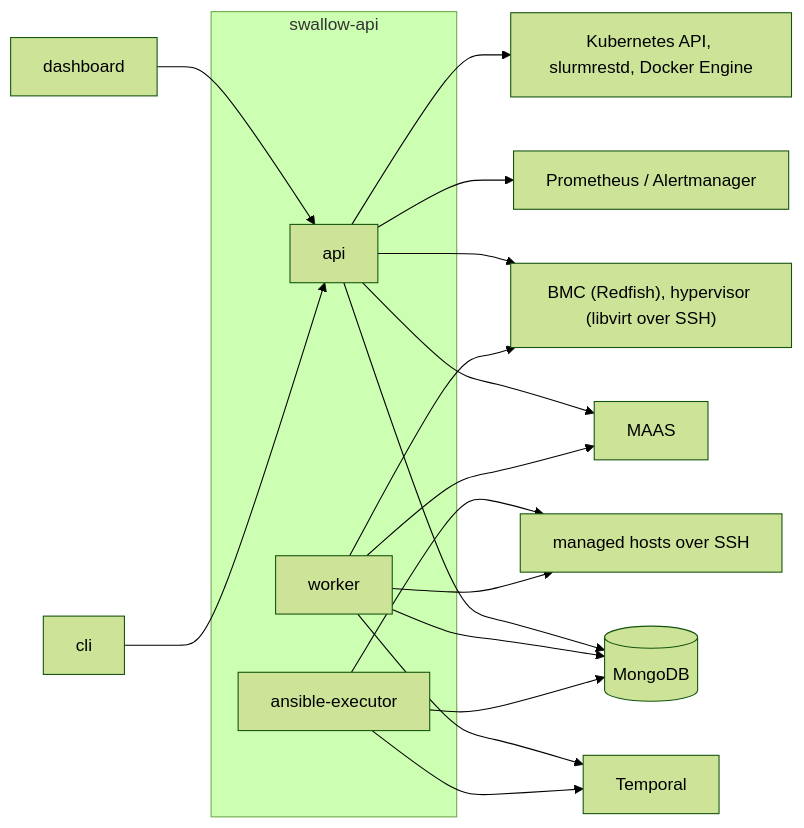
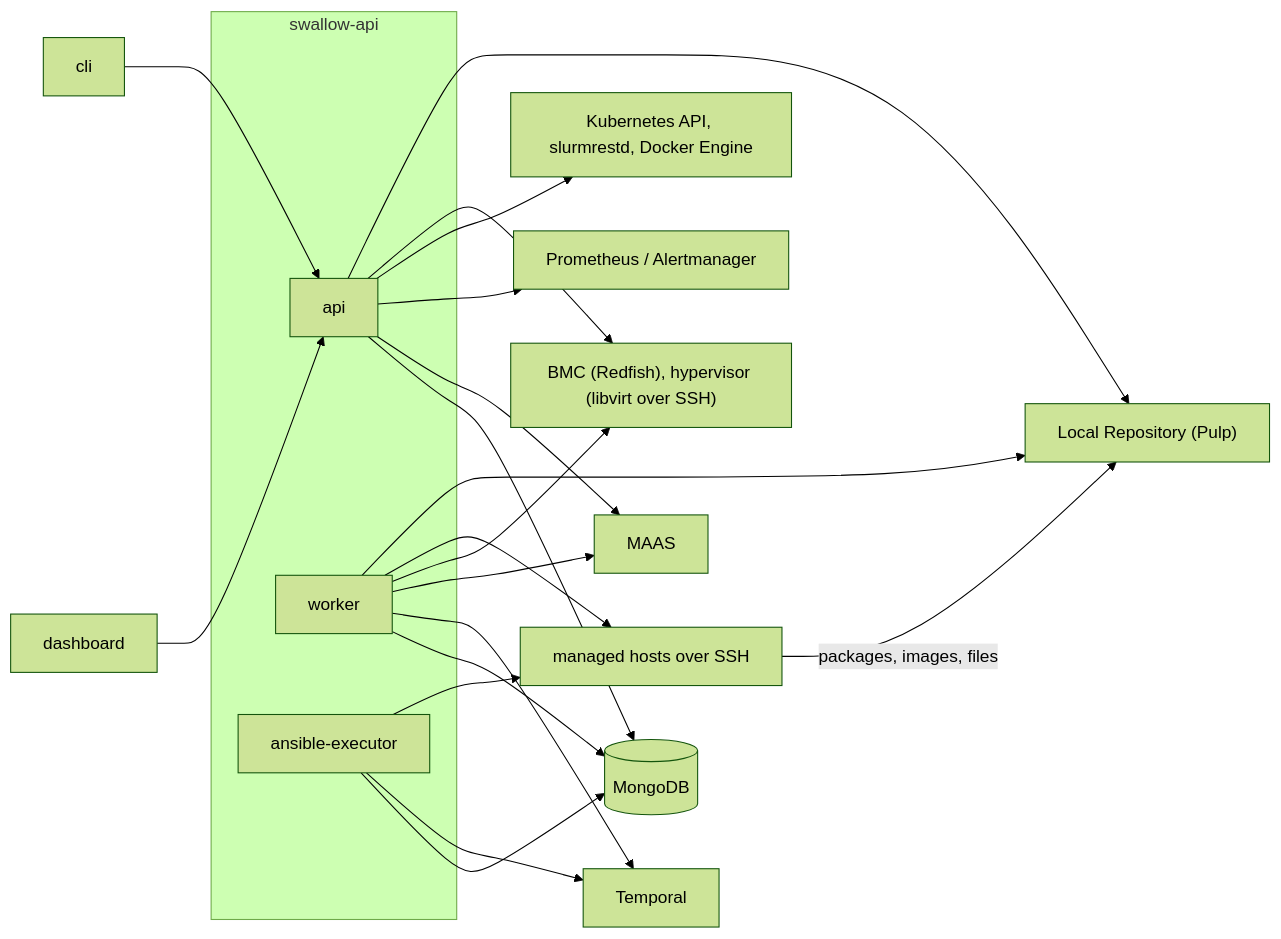
One commit to maple52046/swallow changed the first of 2 diagrams in docs/development/system-overview.md. Above: the diagram before and after it, drawn with Mermaid (forest theme). The commit also changed other lines of this file and 197 other files, not shown here.

````diff
--- a/docs/development/system-overview.md
+++ b/docs/development/system-overview.md
@@ -49,23 +50,26 @@
 ```mermaid
 flowchart LR
     dashboard[dashboard] --> api
     cli[cli] --> api
     subgraph swallow [swallow-api]
         api[api]
         worker[worker]
         executor[ansible-executor]
     end
     api --> mongo[(MongoDB)]
     worker --> mongo
     executor --> mongo
     worker --> temporal[Temporal]
     executor --> temporal
     api --> maas[MAAS]
     worker --> maas
     api --> prom[Prometheus / Alertmanager]
     api --> runtimes["Kubernetes API, slurmrestd, Docker Engine"]
     api --> bmc["BMC (Redfish), hypervisor (libvirt over SSH)"]
     worker --> bmc
     executor --> hosts[managed hosts over SSH]
     worker --> hosts
+    worker --> repo["Local Repository (Pulp)"]
+    api --> repo
+    hosts -->|"packages, images, files"| repo
 ```
````
